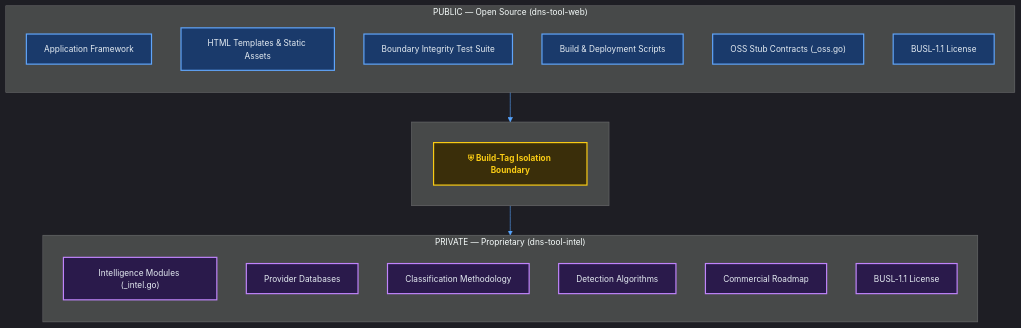
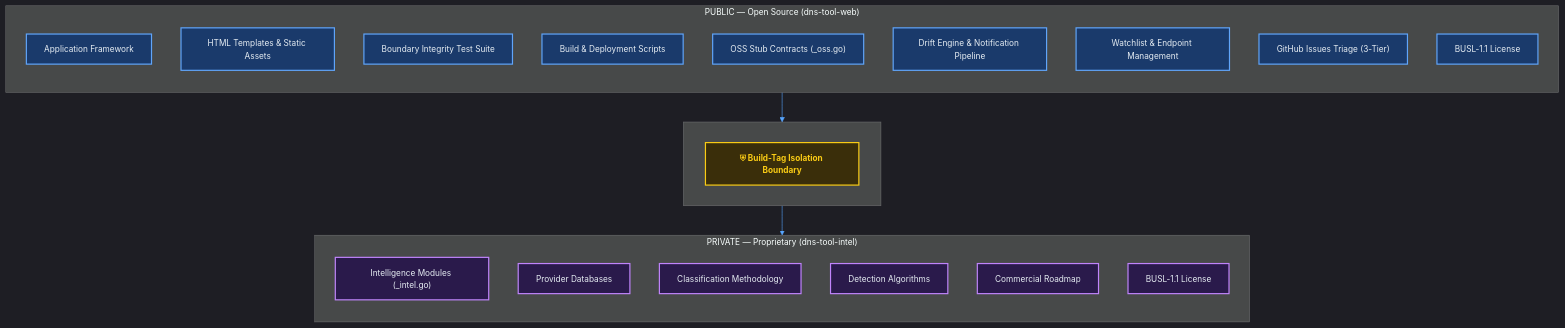
One commit to IT-Help-San-Diego/dns-tool-web changed the diagram in docs/diagrams/open-core-architecture.mmd. Above: the diagram before and after it, drawn with Mermaid. The commit also changed 7 other files, not shown here.

First line of the commit message:
Add detailed system architecture diagrams and documentation

```diff
--- a/docs/diagrams/open-core-architecture.mmd
+++ b/docs/diagrams/open-core-architecture.mmd
@@ -1,33 +1,36 @@
 %%{ init: { 'theme': 'dark', 'themeVariables': { 'primaryColor': '#1e3a5f', 'primaryTextColor': '#e6edf3', 'primaryBorderColor': '#58a6ff', 'lineColor': '#58a6ff', 'secondaryColor': '#0c1018', 'tertiaryColor': '#111720', 'fontSize': '14px' } } }%%
 graph TB
     subgraph public["PUBLIC — Open Source (dns-tool-web)"]
         direction TB
         FW["Application Framework"]:::blue
         TPL["HTML Templates &amp; Static Assets"]:::blue
         TEST["Boundary Integrity Test Suite"]:::blue
         BUILD["Build &amp; Deployment Scripts"]:::blue
         STUB["OSS Stub Contracts (_oss.go)"]:::blue
+        DRIFT["Drift Engine &amp; Notification Pipeline"]:::blue
+        WATCH["Watchlist &amp; Endpoint Management"]:::blue
+        TRIAGE["GitHub Issues Triage (3-Tier)"]:::blue
         LIC1["BUSL-1.1 License"]:::blue
     end
 
     subgraph boundary[" "]
         direction LR
         WALL["⛨ Build-Tag Isolation Boundary"]:::wall
     end
 
     subgraph private["PRIVATE — Proprietary (dns-tool-intel)"]
         direction TB
         INTEL["Intelligence Modules (_intel.go)"]:::purple
         PROV["Provider Databases"]:::purple
         CLASS["Classification Methodology"]:::purple
         DETECT["Detection Algorithms"]:::purple
         ROAD["Commercial Roadmap"]:::purple
         LIC2["BUSL-1.1 License"]:::purple
     end
 
     public --> boundary
     boundary --> private
 
     classDef blue fill:#1a3a6b,stroke:#60a5fa,stroke-width:2px,color:#e6edf3
     classDef purple fill:#2a1a4b,stroke:#c084fc,stroke-width:2px,color:#e6edf3
     classDef wall fill:#3a2e0a,stroke:#facc15,stroke-width:2px,color:#facc15,font-weight:bold
```
